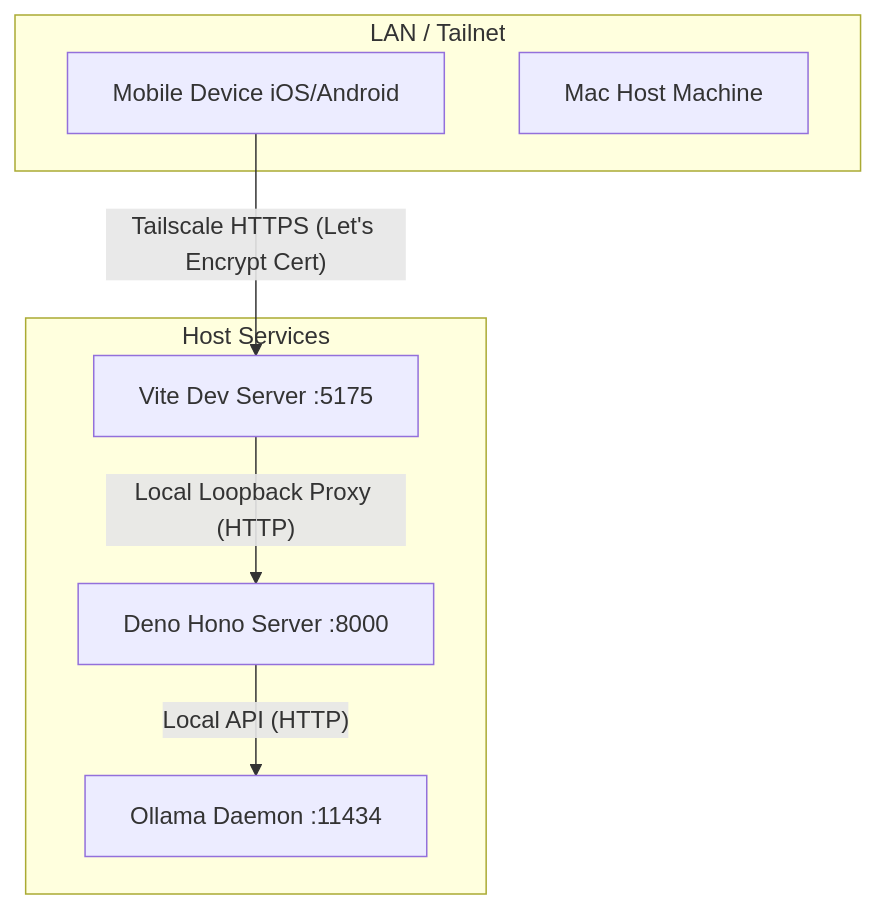
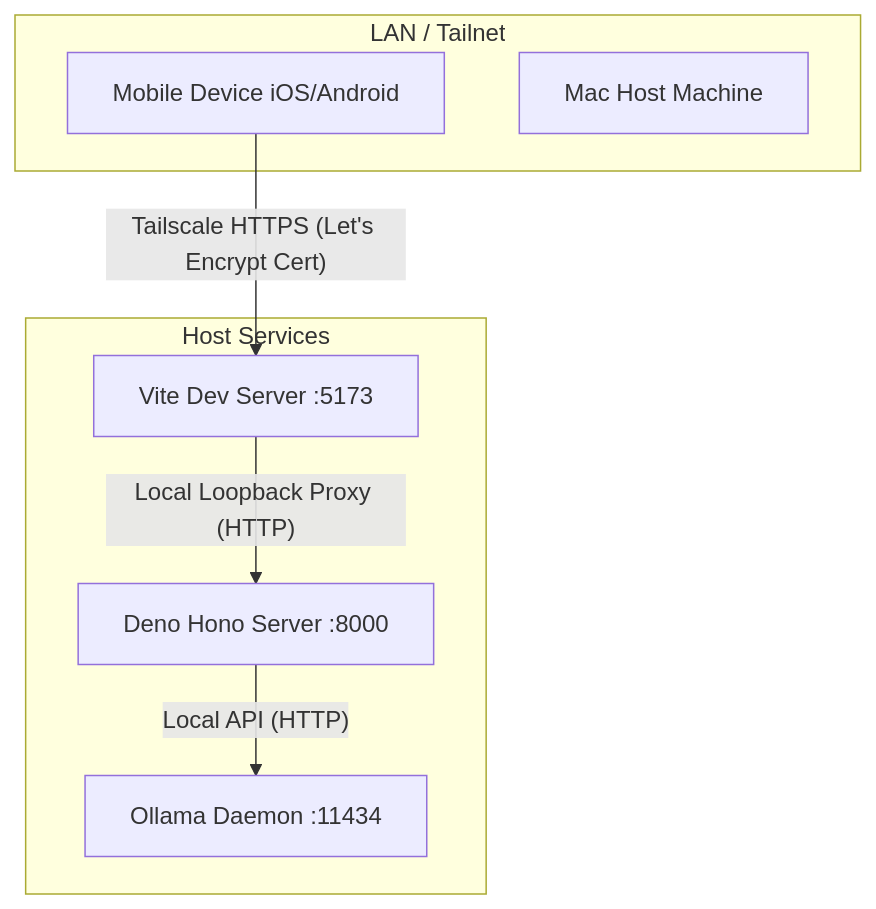
Before and after one commit to companionintelligence/CI-Spatial: the fifth of 6 diagrams in architecture.md, drawn with Mermaid. The commit also changed other lines of this file and 18 other files, not shown here.

````diff
--- a/architecture.md
+++ b/architecture.md
@@ -362,17 +362,17 @@
 ```mermaid
 graph TD
     subgraph LAN / Tailnet
         Device[Mobile Device iOS/Android]
         Host[Mac Host Machine]
     end
 
     subgraph Host Services
-        ViteServ[Vite Dev Server :5175]
+        ViteServ[Vite Dev Server :5173]
         DenoServ[Deno Hono Server :8000]
         OllamaServ[Ollama Daemon :11434]
     end
 
     Device -- "Tailscale HTTPS (Let's Encrypt Cert)" --> ViteServ
     ViteServ -- "Local Loopback Proxy (HTTP)" --> DenoServ
     DenoServ -- "Local API (HTTP)" --> OllamaServ
 ```
````
